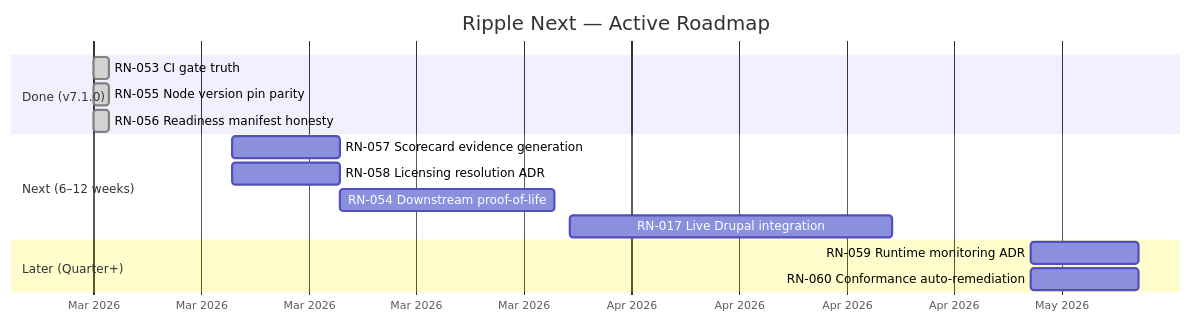
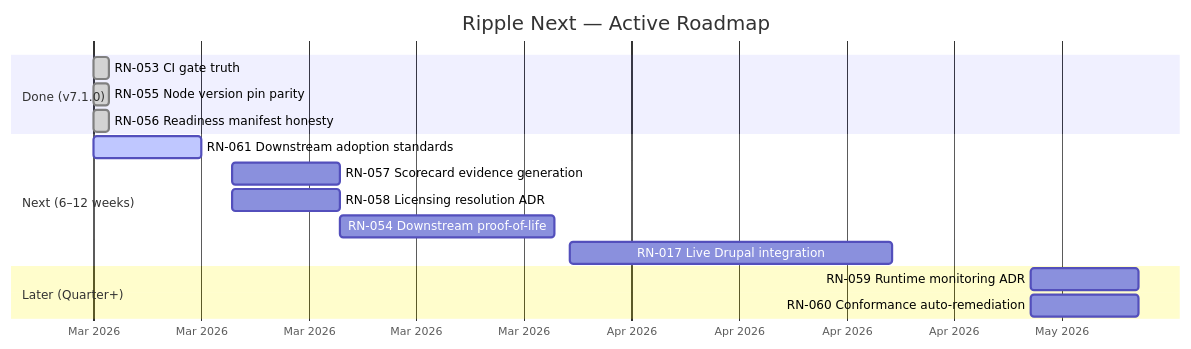
The diagram in docs/product-roadmap/README.md (jbejenar/ripple-next), drawn with Mermaid before and after one commit. The commit also changed other lines of this file and 16 other files, not shown here.

````diff
--- a/docs/product-roadmap/README.md
+++ b/docs/product-roadmap/README.md
@@ -17,21 +17,22 @@
 ```mermaid
 gantt
     title Ripple Next — Active Roadmap
     dateFormat YYYY-MM-DD
     axisFormat %b %Y
 
     section Done (v7.1.0)
     RN-053 CI gate truth                   :done, rn053, 2026-03-01, 1d
     RN-055 Node version pin parity         :done, rn055, 2026-03-01, 1d
     RN-056 Readiness manifest honesty      :done, rn056, 2026-03-01, 1d
 
     section Next (6–12 weeks)
+    RN-061 Downstream adoption standards   :active, rn061, 2026-03-01, 7d
     RN-057 Scorecard evidence generation   :rn057, 2026-03-10, 7d
     RN-058 Licensing resolution ADR        :rn058, 2026-03-10, 7d
     RN-054 Downstream proof-of-life        :rn054, 2026-03-17, 14d
     RN-017 Live Drupal integration         :rn017, 2026-04-01, 21d
 
     section Later (Quarter+)
     RN-059 Runtime monitoring ADR          :rn059, 2026-05-01, 7d
     RN-060 Conformance auto-remediation    :rn060, 2026-05-01, 7d
 ```
````
